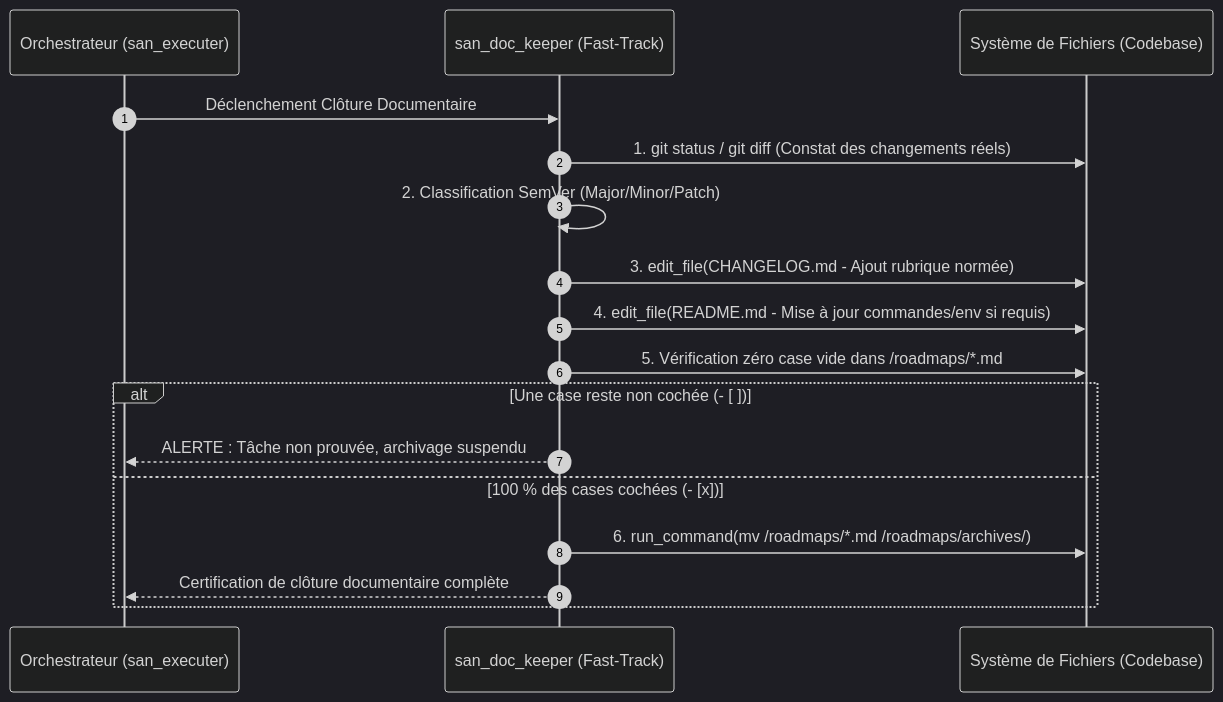
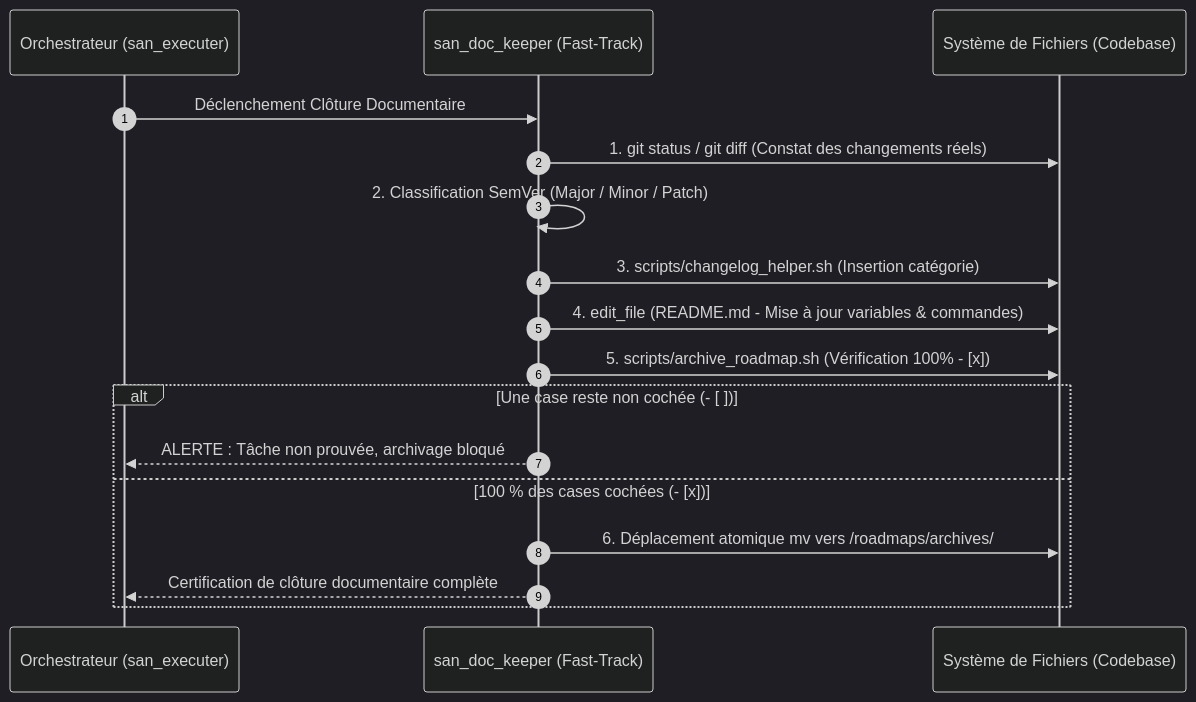
Before and after one commit to alexsan-dev/san_agy_framework: the second of 3 diagrams in sub-skills/san_doc_keeper.md, drawn with Mermaid (dark theme). The commit also changed other lines of this file and 41 other files, not shown here.

````diff
--- a/sub-skills/san_doc_keeper.md
+++ b/sub-skills/san_doc_keeper.md
@@ -191,20 +172,20 @@
 ```mermaid
 sequenceDiagram
     autonumber
     participant Orch as Orchestrateur (san_executer)
     participant Keeper as san_doc_keeper (Fast-Track)
     participant FS as Système de Fichiers (Codebase)
 
     Orch->>Keeper: Déclenchement Clôture Documentaire
     Keeper->>FS: 1. git status / git diff (Constat des changements réels)
-    Keeper->>Keeper: 2. Classification SemVer (Major/Minor/Patch)
-    Keeper->>FS: 3. edit_file(CHANGELOG.md - Ajout rubrique normée)
-    Keeper->>FS: 4. edit_file(README.md - Mise à jour commandes/env si requis)
-    Keeper->>FS: 5. Vérification zéro case vide dans /roadmaps/*.md
+    Keeper->>Keeper: 2. Classification SemVer (Major / Minor / Patch)
+    Keeper->>FS: 3. scripts/changelog_helper.sh (Insertion catégorie)
+    Keeper->>FS: 4. edit_file (README.md - Mise à jour variables & commandes)
+    Keeper->>FS: 5. scripts/archive_roadmap.sh (Vérification 100% - [x])
     alt Une case reste non cochée (- [ ])
-        Keeper-->>Orch: ALERTE : Tâche non prouvée, archivage suspendu
+        Keeper-->>Orch: ALERTE : Tâche non prouvée, archivage bloqué
     else 100 % des cases cochées (- [x])
-        Keeper->>FS: 6. run_command(mv /roadmaps/*.md /roadmaps/archives/)
+        Keeper->>FS: 6. Déplacement atomique mv vers /roadmaps/archives/
         Keeper-->>Orch: Certification de clôture documentaire complète
     end
 ```
````
